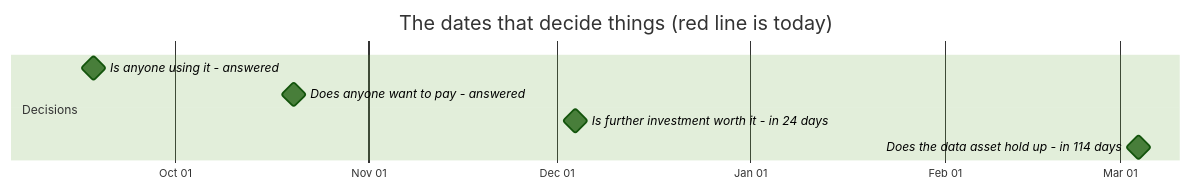
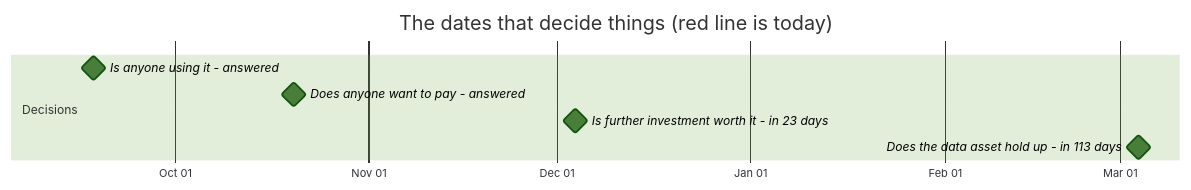
Before and after one commit to jakegu1/vetagent: the first of 2 diagrams in docs/OWNER.md, drawn with Mermaid (forest theme). The commit also changed other lines of this file and 1 other file, not shown here.

````diff
--- a/docs/OWNER.md
+++ b/docs/OWNER.md
@@ -67,12 +67,12 @@
 ```mermaid
 gantt
     dateFormat YYYY-MM-DD
     axisFormat %b %d
     todayMarker stroke-width:3px,stroke:#d33,stroke-dasharray:0
     title The dates that decide things (red line is today)
     section Decisions
     Is anyone using it - answered :milestone, 2026-09-18, 0d
     Does anyone want to pay - answered :milestone, 2026-10-20, 0d
-    Is further investment worth it - in 24 days :milestone, 2026-12-04, 0d
-    Does the data asset hold up - in 114 days :milestone, 2027-03-04, 0d
+    Is further investment worth it - in 23 days :milestone, 2026-12-04, 0d
+    Does the data asset hold up - in 113 days :milestone, 2027-03-04, 0d
 ```
````
